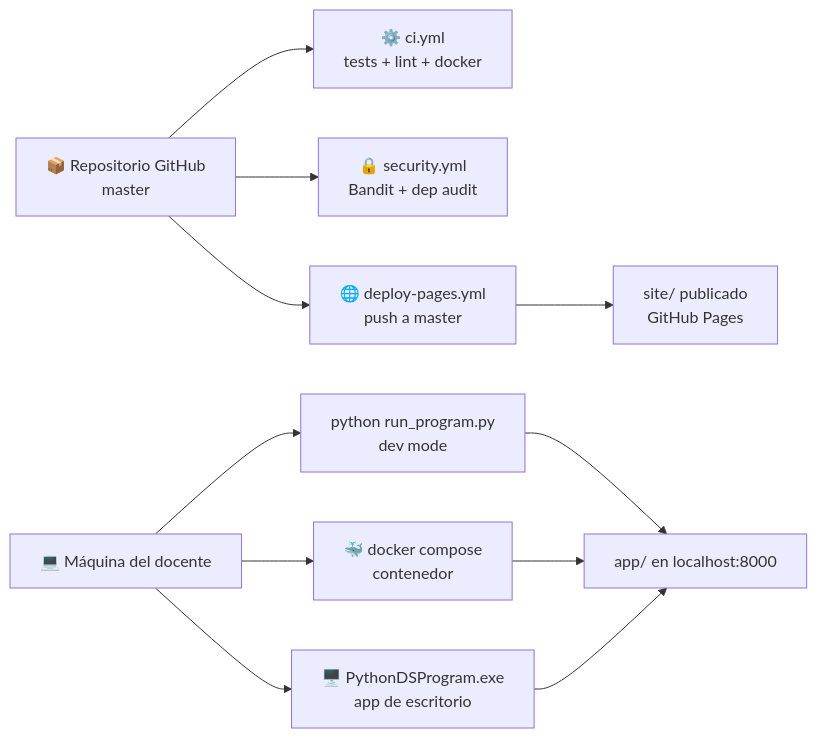
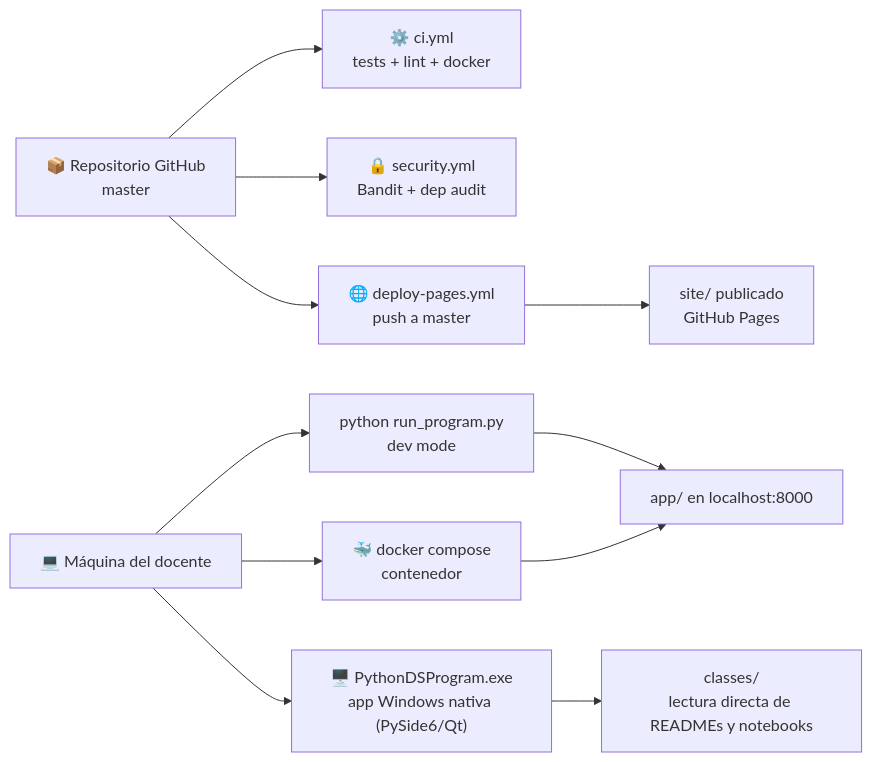
One commit to vladimiracunadev-create/python-data-science-bootcamp changed the fourth of 4 diagrams in docs/ARQUITECTURA_PRODUCTO.md. Above: the diagram before and after it, drawn with Mermaid. The commit also changed other lines of this file and 14 other files, not shown here.

````diff
--- a/docs/ARQUITECTURA_PRODUCTO.md
+++ b/docs/ARQUITECTURA_PRODUCTO.md
@@ -94,14 +96,14 @@
 ```mermaid
 graph LR
     REPO["📦 Repositorio GitHub\nmaster"] --> CI["⚙️ ci.yml\ntests + lint + docker"]
     REPO --> SEC["🔒 security.yml\nBandit + dep audit"]
     REPO --> PAGES["🌐 deploy-pages.yml\npush a master"]
     PAGES --> SITE["site/ publicado\nGitHub Pages"]
 
     LOCAL["💻 Máquina del docente"] --> VENV["python run_program.py\ndev mode"]
     LOCAL --> DOCKER["🐳 docker compose\ncontenedor"]
-    LOCAL --> WINAPP["🖥️ PythonDSProgram.exe\napp de escritorio"]
+    LOCAL --> WINAPP["🖥️ PythonDSProgram.exe\napp Windows nativa (PySide6/Qt)"]
     VENV --> LAB["app/ en localhost:8000"]
     DOCKER --> LAB
-    WINAPP --> LAB
+    WINAPP --> CLASSESDIR["classes/\nlectura directa de READMEs y notebooks"]
 ```
````
